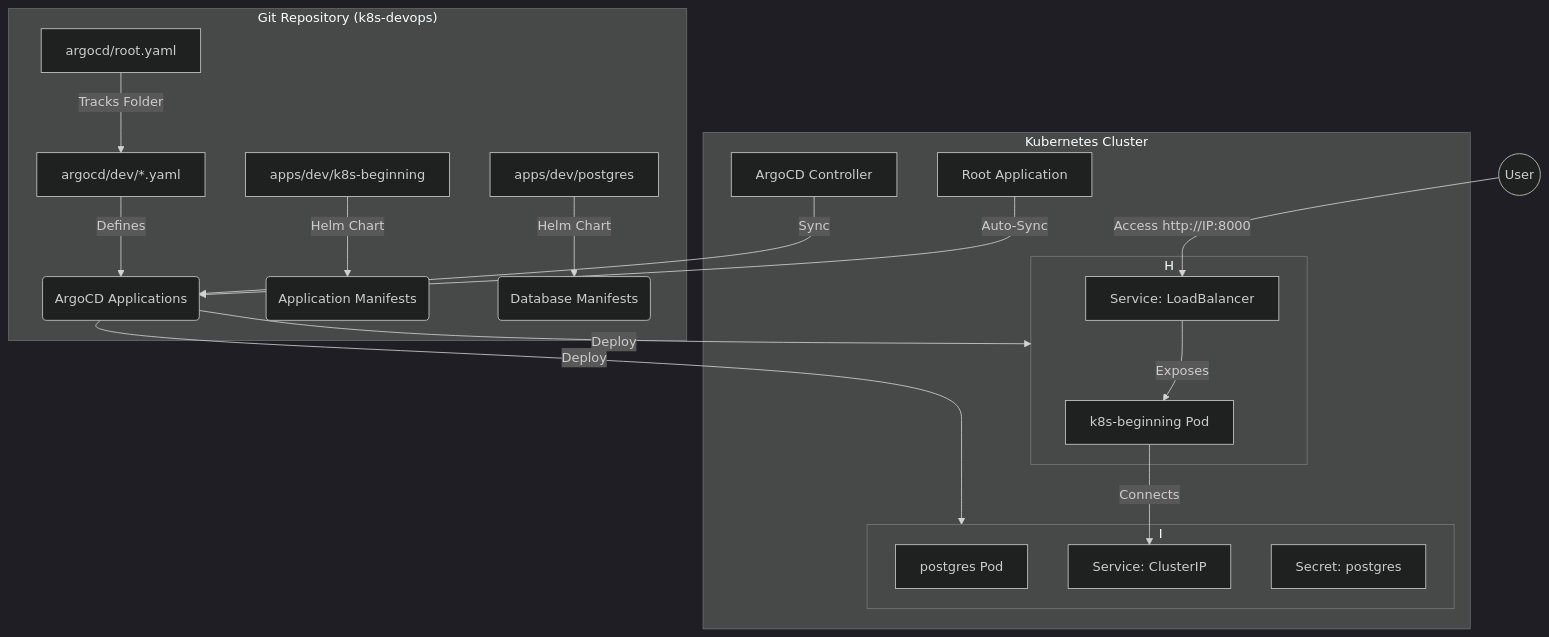
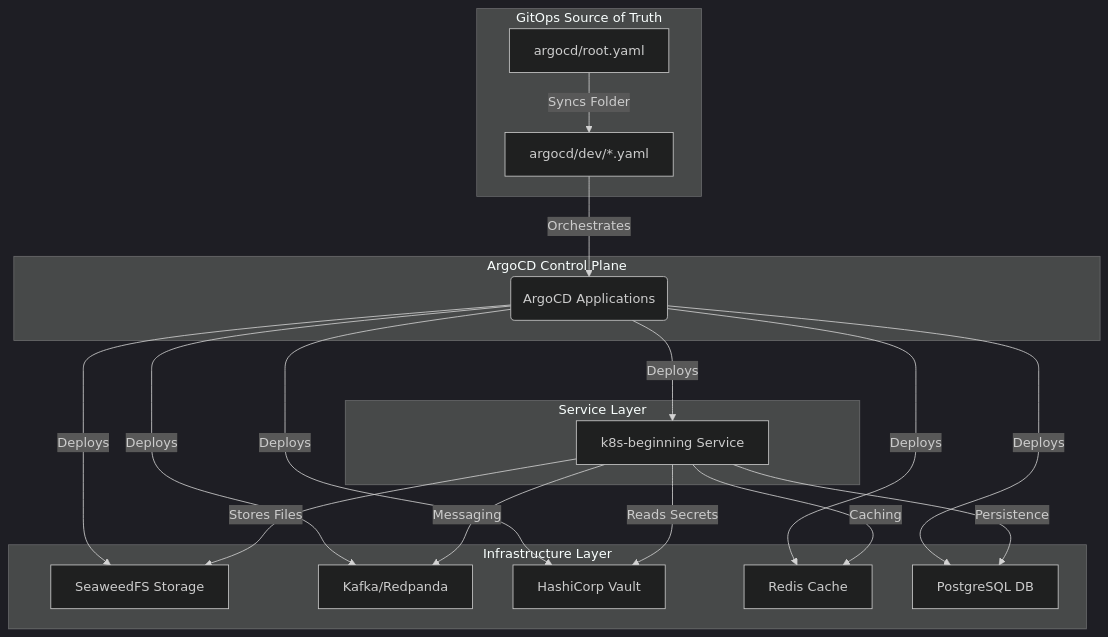
One commit to besanh/k8s-devops changed the diagram in README.md. Above: the diagram before and after it, drawn with Mermaid (dark theme). The commit also changed other lines of this file and 2 other files, not shown here.

Commit message:
docs: update architecture and GitOps flow diagrams, detail platform stack, and add platform UI access and management commands.

````diff
--- a/README.md
+++ b/README.md
@@ -9,32 +9,27 @@
 ```mermaid
 graph TD
-    subgraph "Git Repository (k8s-devops)"
-        R[argocd/root.yaml] -->|Tracks Folder| A
-        A[argocd/dev/*.yaml] -->|Defines| B(ArgoCD Applications)
-        C[apps/dev/k8s-beginning] -->|Helm Chart| D(Application Manifests)
-        E[apps/dev/postgres] -->|Helm Chart| F(Database Manifests)
+    subgraph "GitOps Source of Truth"
+        Root[argocd/root.yaml] -->|Syncs Folder| AppsDir[argocd/dev/*.yaml]
     end
 
-    subgraph "Kubernetes Cluster"
-        Root[Root Application] -->|Auto-Sync| B
-        G[ArgoCD Controller] -->|Sync| B
-        B -->|Deploy| H[k8s-beginning-dev Namespace]
-        B -->|Deploy| I[dev Namespace]
-        
-        subgraph H
-            J[k8s-beginning Pod]
-            K[Service: LoadBalancer]
-        end
-        
-        subgraph I
-            L[postgres Pod]
-            M[Service: ClusterIP]
-            N[Secret: postgres]
-        end
-        
-        J -->|Connects| M
-        K -->|Exposes| J
+    subgraph "ArgoCD Control Plane"
+        AppsDir -->|Orchestrates| K8sApps(ArgoCD Applications)
     end
 
-    User((User)) -->|Access http://IP:8000| K
+    subgraph "Infrastructure Layer"
+        K8sApps -->|Deploys| SeaweedFS[SeaweedFS Storage]
+        K8sApps -->|Deploys| Kafka[Kafka/Redpanda]
+        K8sApps -->|Deploys| Vault[HashiCorp Vault]
+        K8sApps -->|Deploys| Redis[Redis Cache]
+        K8sApps -->|Deploys| Postgres[PostgreSQL DB]
+    end
+
+    subgraph "Service Layer"
+        K8sApps -->|Deploys| K8sBegin[k8s-beginning Service]
+        K8sBegin -->|Reads Secrets| Vault
+        K8sBegin -->|Stores Files| SeaweedFS
+        K8sBegin -->|Messaging| Kafka
+        K8sBegin -->|Caching| Redis
+        K8sBegin -->|Persistence| Postgres
+    end
 ```
````
